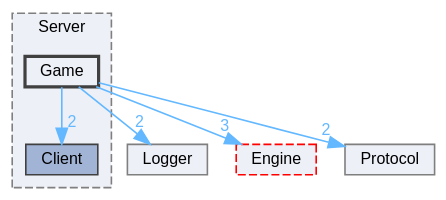
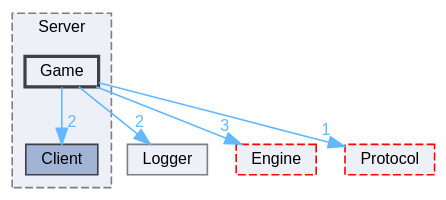
Before and after one commit to MasterLaplace/Flakkari: the diagram in dir_96390089ad122cc0e79a3d516a8e4be8_dep.dot, drawn with Graphviz. The commit also changed 322 other files, not shown here.

```diff
--- a/dir_96390089ad122cc0e79a3d516a8e4be8_dep.dot
+++ b/dir_96390089ad122cc0e79a3d516a8e4be8_dep.dot
@@ -1,20 +1,20 @@
 digraph "Flakkari/Server/Game"
 {
  // LATEX_PDF_SIZE
   bgcolor="transparent";
   edge [fontname=Helvetica,fontsize=10,labelfontname=Helvetica,labelfontsize=10];
   node [fontname=Helvetica,fontsize=10,shape=box,height=0.2,width=0.4];
   compound=true
   subgraph clusterdir_b45b4f7f86949fcdbe13543d457ee769 {
     graph [ bgcolor="#edf0f7", pencolor="grey50", label="Server", fontname=Helvetica,fontsize=10 style="filled,dashed", URL="dir_b45b4f7f86949fcdbe13543d457ee769.html",tooltip=""]
   dir_7e06220f9d8ad8af8703f9c9be194f68 [label="Client", fillcolor="#a2b4d6", color="grey25", style="filled", URL="dir_7e06220f9d8ad8af8703f9c9be194f68.html",tooltip=""];
   dir_96390089ad122cc0e79a3d516a8e4be8 [label="Game", fillcolor="#edf0f7", color="grey25", style="filled,bold", URL="dir_96390089ad122cc0e79a3d516a8e4be8.html",tooltip=""];
   }
   dir_45889462d704ec0e5c2ce024817bc167 [label="Logger", fillcolor="#edf0f7", color="grey50", style="filled", URL="dir_45889462d704ec0e5c2ce024817bc167.html",tooltip=""];
   dir_a8832efbf453ed375786272748b42b6e [label="Engine", fillcolor="#edf0f7", color="red", style="filled,dashed", URL="dir_a8832efbf453ed375786272748b42b6e.html",tooltip=""];
-  dir_c5bb1fc07982e0126fd8087c13a737b0 [label="Protocol", fillcolor="#edf0f7", color="grey50", style="filled", URL="dir_c5bb1fc07982e0126fd8087c13a737b0.html",tooltip=""];
-  dir_96390089ad122cc0e79a3d516a8e4be8->dir_45889462d704ec0e5c2ce024817bc167 [headlabel="2", labeldistance=1.5 headhref="dir_000009_000011.html" href="dir_000009_000011.html" color="steelblue1" fontcolor="steelblue1"];
-  dir_96390089ad122cc0e79a3d516a8e4be8->dir_7e06220f9d8ad8af8703f9c9be194f68 [headlabel="2", labeldistance=1.5 headhref="dir_000009_000003.html" href="dir_000009_000003.html" color="steelblue1" fontcolor="steelblue1"];
-  dir_96390089ad122cc0e79a3d516a8e4be8->dir_a8832efbf453ed375786272748b42b6e [headlabel="3", labeldistance=1.5 headhref="dir_000009_000006.html" href="dir_000009_000006.html" color="steelblue1" fontcolor="steelblue1"];
-  dir_96390089ad122cc0e79a3d516a8e4be8->dir_c5bb1fc07982e0126fd8087c13a737b0 [headlabel="2", labeldistance=1.5 headhref="dir_000009_000014.html" href="dir_000009_000014.html" color="steelblue1" fontcolor="steelblue1"];
+  dir_c5bb1fc07982e0126fd8087c13a737b0 [label="Protocol", fillcolor="#edf0f7", color="red", style="filled,dashed", URL="dir_c5bb1fc07982e0126fd8087c13a737b0.html",tooltip=""];
+  dir_96390089ad122cc0e79a3d516a8e4be8->dir_45889462d704ec0e5c2ce024817bc167 [headlabel="2", labeldistance=1.5 headhref="dir_000011_000013.html" href="dir_000011_000013.html" color="steelblue1" fontcolor="steelblue1"];
+  dir_96390089ad122cc0e79a3d516a8e4be8->dir_7e06220f9d8ad8af8703f9c9be194f68 [headlabel="2", labeldistance=1.5 headhref="dir_000011_000004.html" href="dir_000011_000004.html" color="steelblue1" fontcolor="steelblue1"];
+  dir_96390089ad122cc0e79a3d516a8e4be8->dir_a8832efbf453ed375786272748b42b6e [headlabel="3", labeldistance=1.5 headhref="dir_000011_000007.html" href="dir_000011_000007.html" color="steelblue1" fontcolor="steelblue1"];
+  dir_96390089ad122cc0e79a3d516a8e4be8->dir_c5bb1fc07982e0126fd8087c13a737b0 [headlabel="1", labeldistance=1.5 headhref="dir_000011_000016.html" href="dir_000011_000016.html" color="steelblue1" fontcolor="steelblue1"];
 }
```
